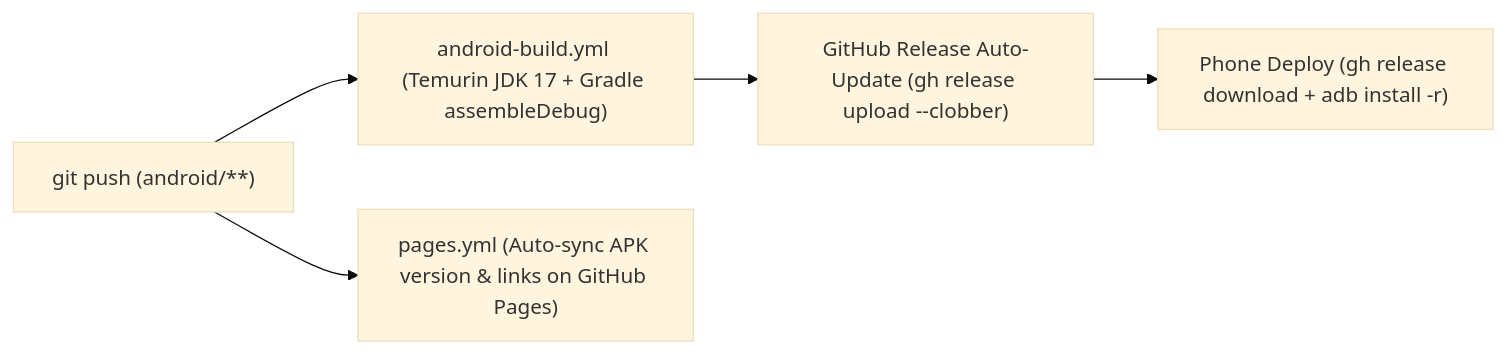
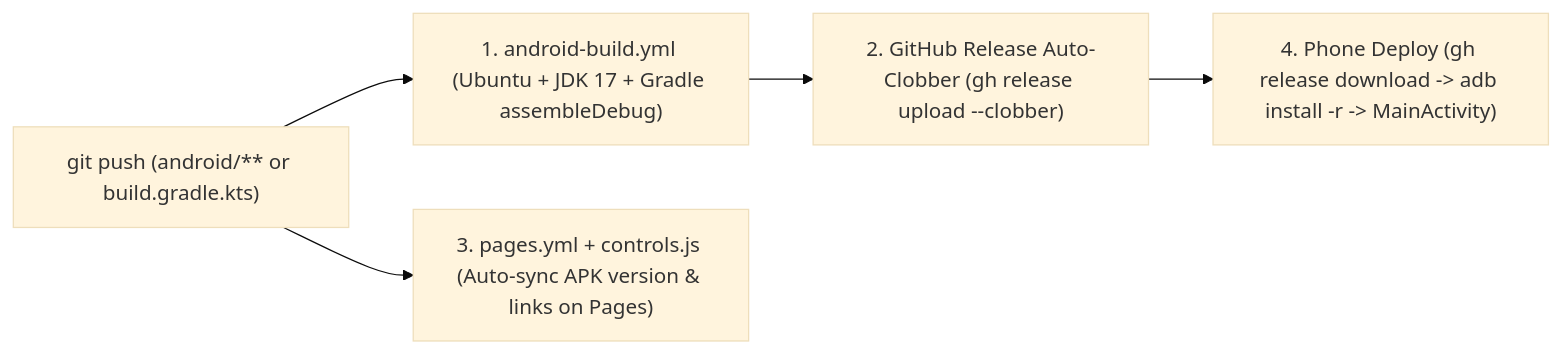
One commit to DerAndr/celestial_engine_project changed the third of 3 diagrams in README.md. Above: the diagram before and after it, drawn with Mermaid (base theme). The commit also changed other lines of this file and 2 other files, not shown here.

Commit message:
docs(ci): add detailed 4-stage Android CI/CD breakdown & clickable workflow/dashboard links

````diff
--- a/README.md
+++ b/README.md
@@ -83,11 +83,11 @@
 ```mermaid
 flowchart LR
-    PUSH["git push (android/**)"]
-    BUILD["android-build.yml (Temurin JDK 17 + Gradle assembleDebug)"]
-    REL["GitHub Release Auto-Update (gh release upload --clobber)"]
-    PAGES["pages.yml (Auto-sync APK version & links on GitHub Pages)"]
-    ADB["Phone Deploy (gh release download + adb install -r)"]
+    PUSH["git push (android/** or build.gradle.kts)"]
+    BUILD["1. android-build.yml (Ubuntu + JDK 17 + Gradle assembleDebug)"]
+    REL["2. GitHub Release Auto-Clobber (gh release upload --clobber)"]
+    PAGES["3. pages.yml + controls.js (Auto-sync APK version & links on Pages)"]
+    ADB["4. Phone Deploy (gh release download -> adb install -r -> MainActivity)"]
 
     PUSH --> BUILD --> REL --> ADB
     PUSH --> PAGES
 ```
````
